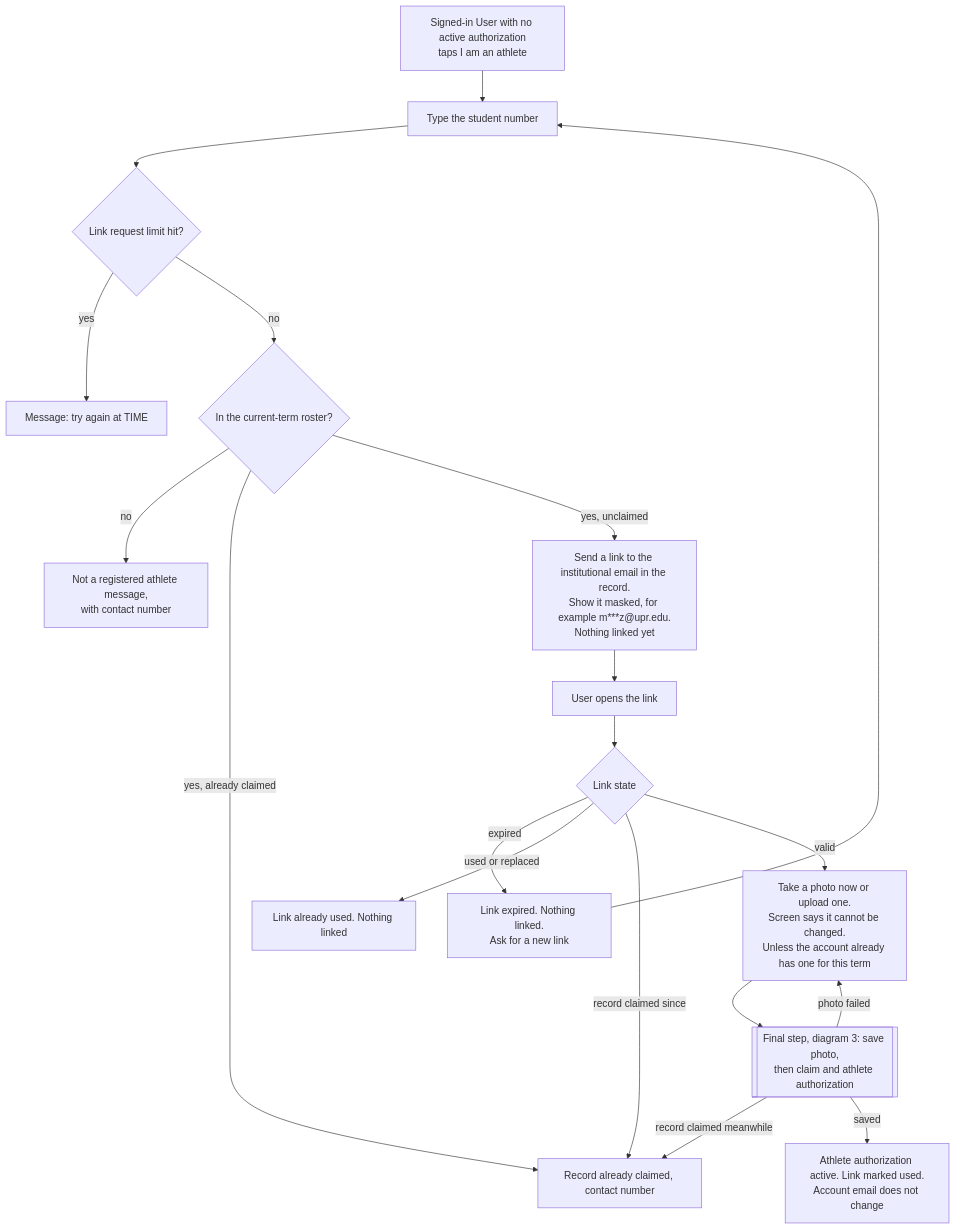
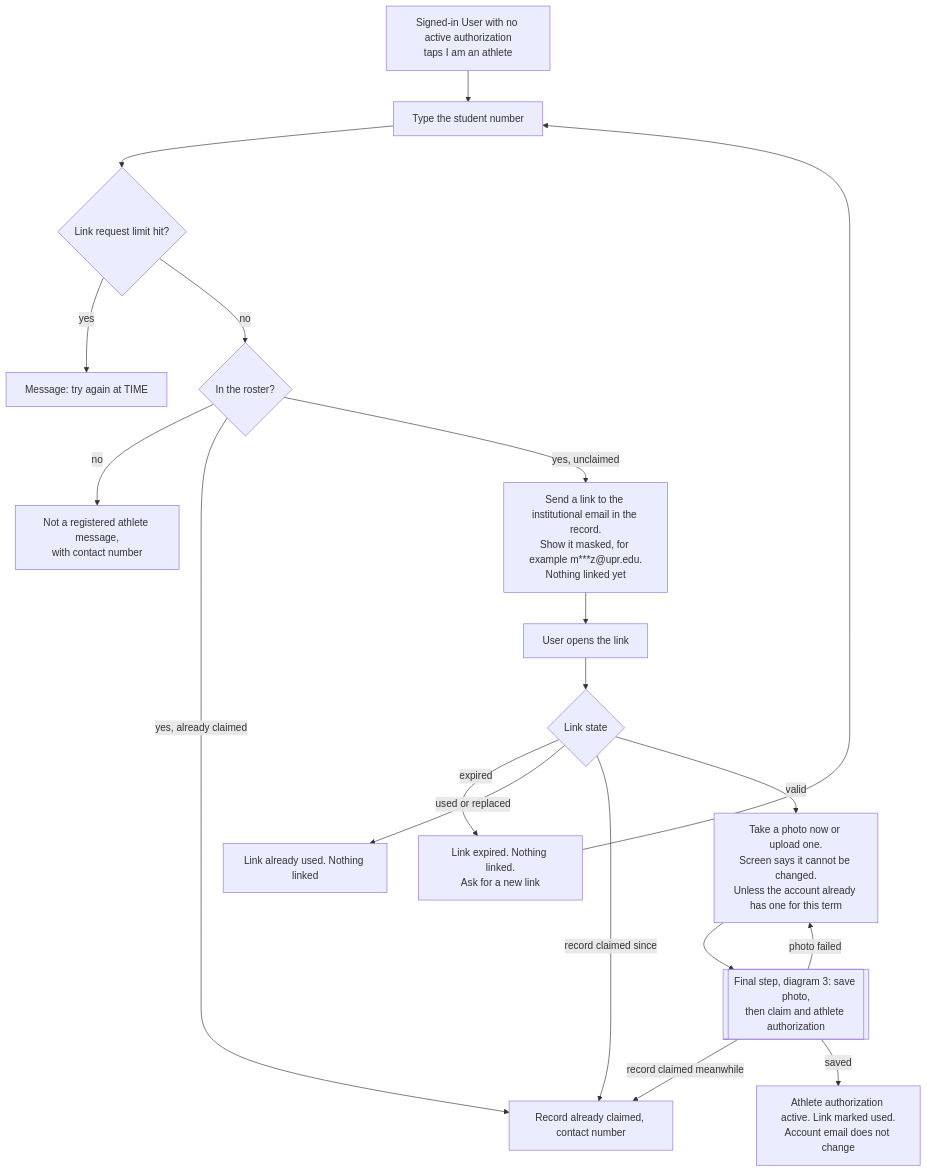
Before and after one commit to Th3-Minorities/natatorio-gym-app: the sixth of 8 diagrams in docs/design/registration-flows.md, drawn with Mermaid. The commit also changed other lines of this file and 8 other files, not shown here.

````diff
--- a/docs/design/registration-flows.md
+++ b/docs/design/registration-flows.md
@@ -230,21 +214,21 @@
 ```mermaid
 flowchart TD
   START["Signed-in User with no active authorization<br/>taps I am an athlete"] --> SN["Type the student number"]
   SN --> LIM{"Link request limit hit?"}
   LIM -->|"yes"| X0["Message: try again at TIME"]
-  LIM -->|"no"| R{"In the current-term roster?"}
+  LIM -->|"no"| R{"In the roster?"}
   R -->|"no"| X1["Not a registered athlete message,<br/>with contact number"]
   R -->|"yes, already claimed"| X2["Record already claimed, contact number"]
   R -->|"yes, unclaimed"| LNK["Send a link to the institutional email in the record.<br/>Show it masked, for example m***z@upr.edu.<br/>Nothing linked yet"]
   LNK --> OPEN["User opens the link"]
   OPEN --> V{"Link state"}
   V -->|"expired"| X3["Link expired. Nothing linked.<br/>Ask for a new link"]
   V -->|"used or replaced"| X4["Link already used. Nothing linked"]
   V -->|"record claimed since"| X2
   V -->|"valid"| PH["Take a photo now or upload one.<br/>Screen says it cannot be changed.<br/>Unless the account already has one for this term"]
   PH --> FIN[["Final step, diagram 3: save photo,<br/>then claim and athlete authorization"]]
   FIN -->|"photo failed"| PH
   FIN -->|"record claimed meanwhile"| X2
   FIN -->|"saved"| OK["Athlete authorization active. Link marked used.<br/>Account email does not change"]
   X3 --> SN
 ```
````
